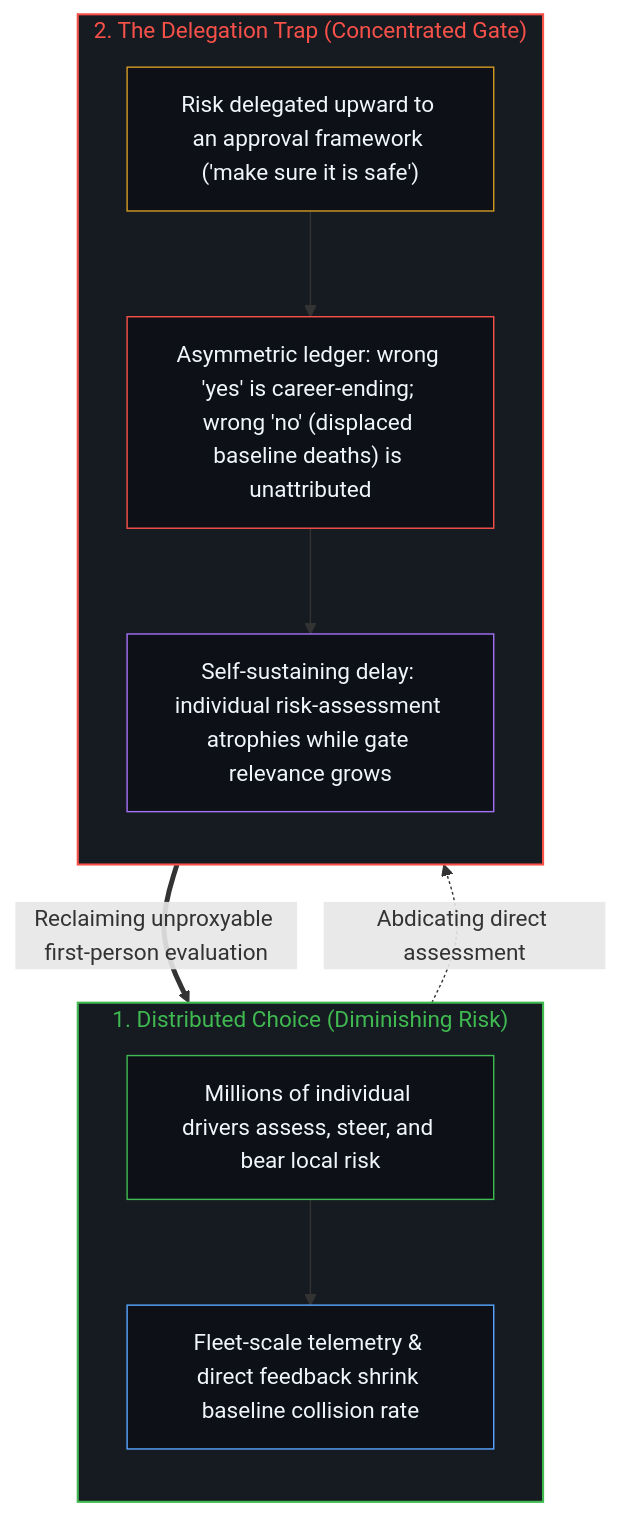
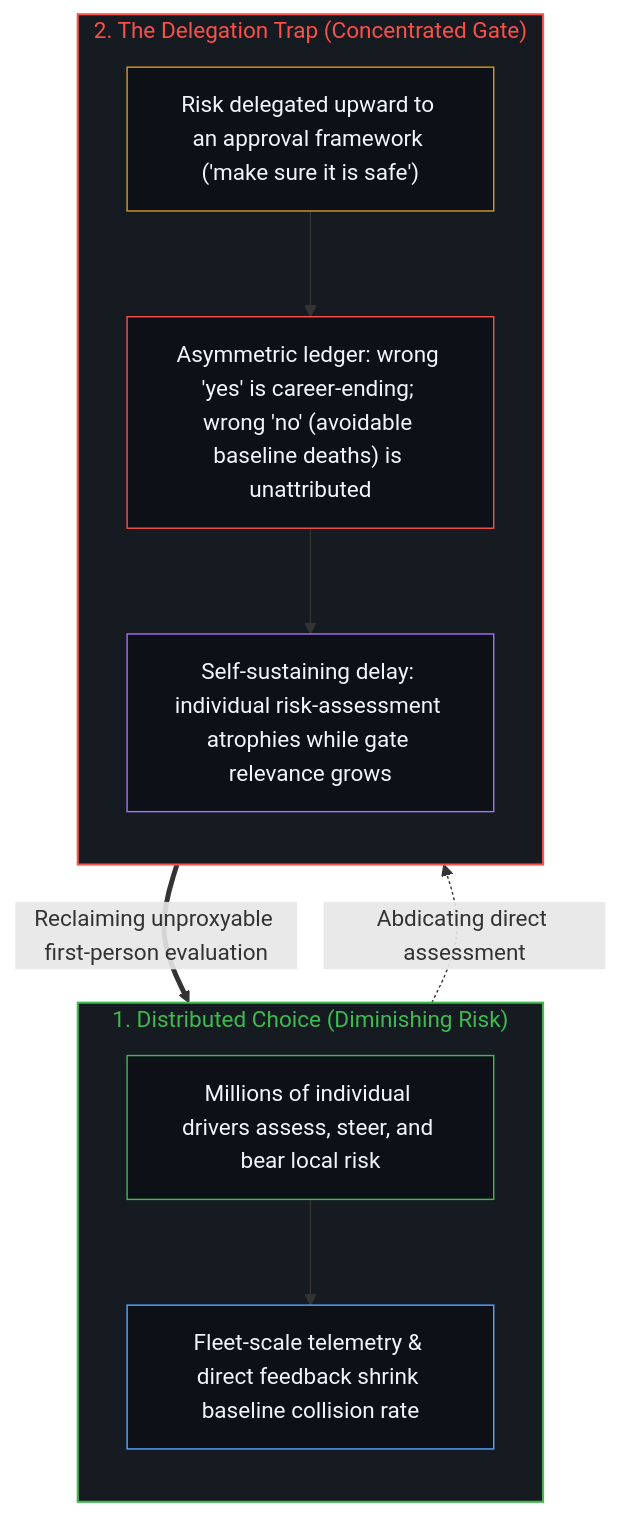
The second of 2 diagrams in content/posts/the-risk-you-delegate-is-the-risk-you-create.md (powerpig99/not-a-toe), drawn with Mermaid before and after one commit. The commit also changed other lines of this file and 2 other files, not shown here.

````diff
--- a/content/posts/the-risk-you-delegate-is-the-risk-you-create.md
+++ b/content/posts/the-risk-you-delegate-is-the-risk-you-create.md
@@ -61,25 +61,25 @@
 ```mermaid
 flowchart TD
     subgraph S_Dist["1. Distributed Choice (Diminishing Risk)"]
         direction TB
         D_Act["Millions of individual drivers assess, steer, and bear local risk"]
         D_Learn["Fleet-scale telemetry & direct feedback shrink baseline collision rate"]
         D_Act --> D_Learn
     end
     subgraph S_Gate["2. The Delegation Trap (Concentrated Gate)"]
         direction TB
         G_Hand["Risk delegated upward to an approval framework ('make sure it is safe')"]
-        G_Asym["Asymmetric ledger: wrong 'yes' is career-ending; wrong 'no' (displaced baseline deaths) is unattributed"]
+        G_Asym["Asymmetric ledger: wrong 'yes' is career-ending; wrong 'no' (avoidable baseline deaths) is unattributed"]
         G_Loop["Self-sustaining delay: individual risk-assessment atrophies while gate relevance grows"]
         G_Hand --> G_Asym --> G_Loop
     end
     D_Act -.->|"Abdicating direct assessment"| G_Hand
     G_Loop ==>|"Reclaiming unproxyable first-person evaluation"| D_Act
     style S_Dist fill:#161b22,stroke:#3fb950,stroke-width:1.5px,color:#3fb950
     style S_Gate fill:#161b22,stroke:#f85149,stroke-width:1.5px,color:#f85149
     style D_Act fill:#0d1117,stroke:#3fb950,stroke-width:1px,color:#f0f6fc
     style D_Learn fill:#0d1117,stroke:#58a6ff,stroke-width:1px,color:#f0f6fc
     style G_Hand fill:#0d1117,stroke:#d29922,stroke-width:1px,color:#f0f6fc
     style G_Asym fill:#0d1117,stroke:#f85149,stroke-width:1px,color:#f0f6fc
     style G_Loop fill:#0d1117,stroke:#a371f7,stroke-width:1px,color:#f0f6fc
 ```
````
